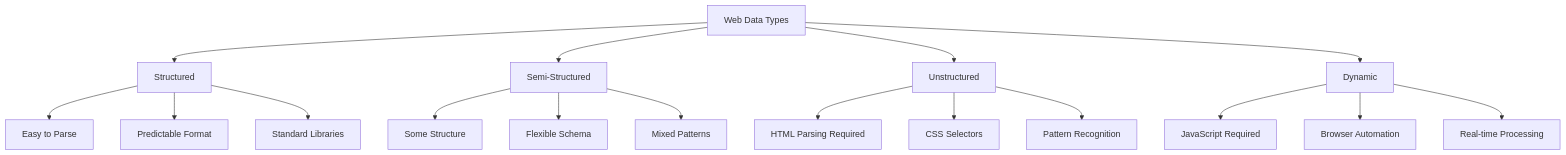
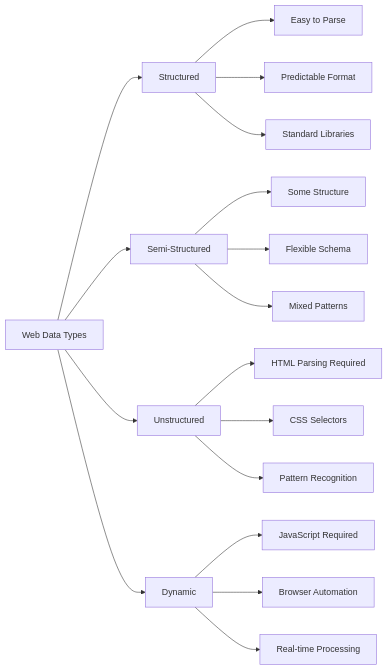
One commit to bytetunnels/bytetunnels.github.com changed the second of 2 diagrams in _posts/2025-05-12-types-of-web-data-field-guide.md. Above: the diagram before and after it, drawn with Mermaid. The commit also changed 118 other files, not shown here.

Commit message:
feat: improve diagram styling and compact wide flowcharts

````diff
--- a/_posts/2025-05-12-types-of-web-data-field-guide.md
+++ b/_posts/2025-05-12-types-of-web-data-field-guide.md
@@ -304,25 +304,25 @@
 ```mermaid
-graph TD
+graph LR
     A[Web Data Types]
 
     A --> B[Structured]
     A --> C[Semi-Structured]
     A --> D[Unstructured]
     A --> E[Dynamic]
 
     B --> B1[Easy to Parse]
     B --> B2[Predictable Format]
     B --> B3[Standard Libraries]
 
     C --> C1[Some Structure]
     C --> C2[Flexible Schema]
     C --> C3[Mixed Patterns]
 
     D --> D1[HTML Parsing Required]
     D --> D2[CSS Selectors]
     D --> D3[Pattern Recognition]
 
     E --> E1[JavaScript Required]
     E --> E2[Browser Automation]
     E --> E3[Real-time Processing]
 ```
````
